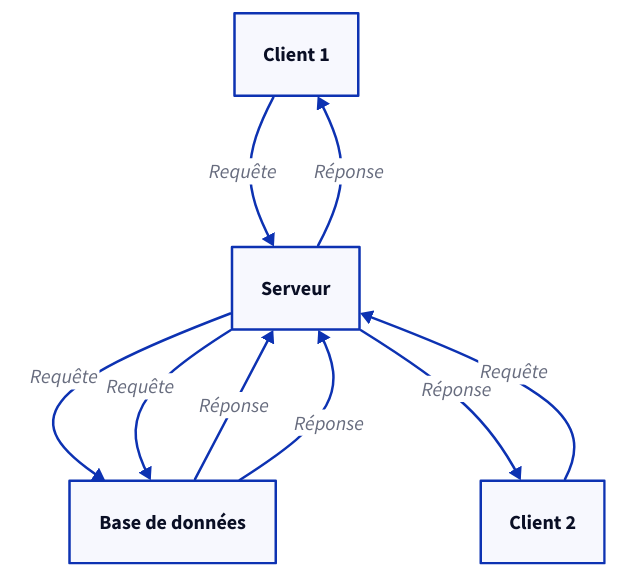
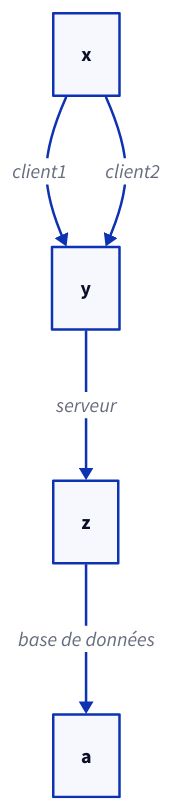
One commit to Ibne29/d2lang-vision-llm changed the diagram in out/diagram_iter1.d2. Above: the diagram before and after it, drawn with D2. The commit also changed 11 other files, not shown here.

```diff
--- a/out/diagram_iter1.d2
+++ b/out/diagram_iter1.d2
@@ -1,14 +1,4 @@
-client1: Client 1
-client2: Client 2
-server: Serveur
-database: Base de données
-
-client1 -> server: Requête
-server -> database: Requête
-database -> server: Réponse
-server -> client1: Réponse
-
-client2 -> server: Requête
-server -> database: Requête
-database -> server: Réponse
-server -> client2: Réponse
+x -> y: client1
+x -> y: client2
+y -> z: serveur
+z -> a: base de données
```
